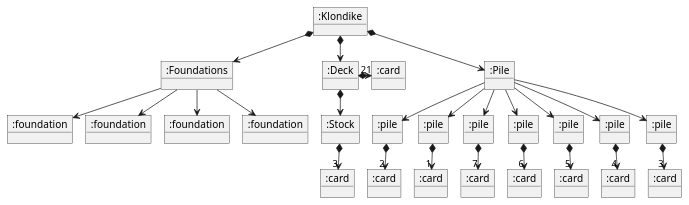
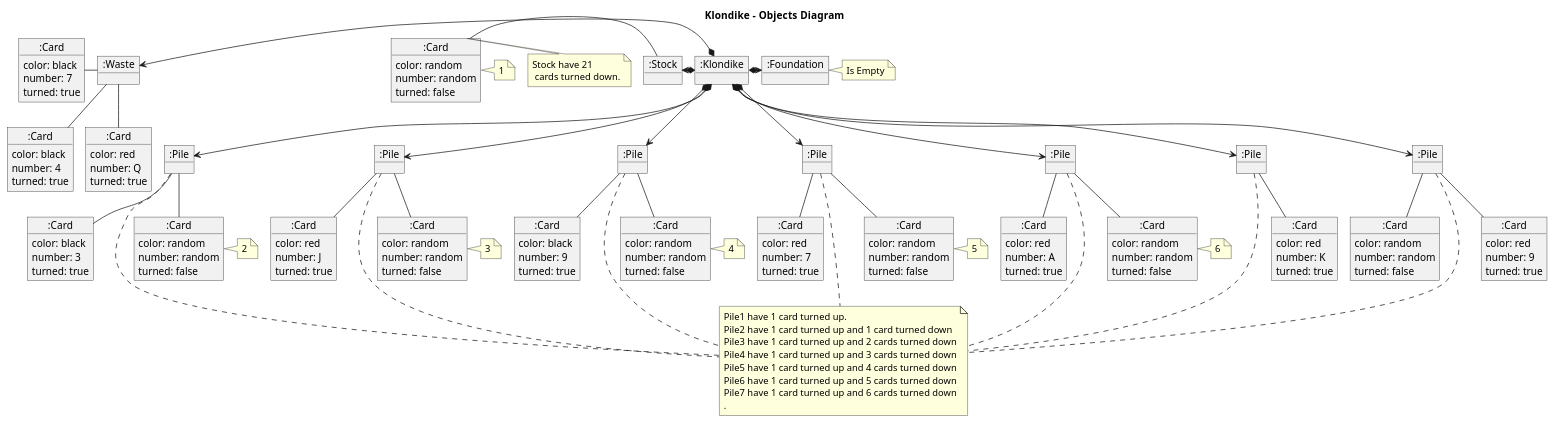
The diagram in 1 Modelo de Dominio/02_diagrama de objetos.plantuml (AngelOS95P/Maestria_IngSoftware_grupo6), drawn with PlantUML before and after one commit.

Commit message:
Update 02_diagrama de objetos.plantuml

```diff
--- a/1 Modelo de Dominio/02_diagrama de objetos.plantuml
+++ b/1 Modelo de Dominio/02_diagrama de objetos.plantuml
@@ -1,74 +1,181 @@
-@startuml initialState
+@startuml ObjectDiagram
 !pragma layout smetana
+title Klondike  - Objects Diagram
+
 object ":Klondike" as Klondike
-object ":Deck" as Deck
+object ":Waste" as Waste
 object ":Stock" as Stock
-object ":Pile" as Pile
-object ":Foundations" as Foundation
+object ":Pile" as Pile3
+object ":Pile" as Pile4
+object ":Pile" as Pile5
+object ":Pile" as Pile6
+object ":Pile" as Pile7
+object ":Pile" as Pile8
+object ":Pile" as Pile9
+object ":Foundation" as Foundation
 
-together {
-    object ":pile" as Pile1
-    object ":pile" as Pile2
-    object ":pile" as Pile3
-    object ":pile" as Pile4
-    object ":pile" as Pile5
-    object ":pile" as Pile6
-    object ":pile" as Pile7
+object ":Card" as Card1 {
+    color: random
+    number: random
+    turned: false
 }
 
-together {
-    object ":foundation" as Foundation1
-    object ":foundation" as Foundation2
-    object ":foundation" as Foundation3
-    object ":foundation" as Foundation4
+object ":Card" as Card21 {
+    color: black
+    number: 7
+    turned: true
 }
 
-together {
-    object ":card" as Card1
-    object ":card" as Card2
-    object ":card" as Card3
-    object ":card" as Card4
-    object ":card" as Card5
-    object ":card" as Card6
-    object ":card" as Card7
-    object ":card" as Card8
-    object ":card" as Card9
+object ":Card" as Card22 {
+    color: black
+    number: 4
+    turned: true
 }
 
-Klondike *-down-> Deck
-Deck *-left-> "21" Card8
+object ":Card" as Card23 {
+    color: red
+    number: Q
+    turned: true
+}
 
-Deck *-down-> Stock
-Stock *-down-> "3" Card9
+object ":Card" as Card3 {
+    color: red
+    number: K
+    turned: true
+}
 
-Klondike *-down-> Pile
+object ":Card" as Card4 {
+    color: red
+    number: 9
+    turned: true
+}
 
-Pile -->  Pile7
-Pile7 *-down-> "1" Card7
+object ":Card" as Card41 {
+    color: random
+    number: random
+    turned: false
+}
 
-Pile -->  Pile6
-Pile6 *-down-> "2" Card6
+object ":Card" as Card5 {
+    color: black
+    number: 3
+    turned: true
+}
 
-Pile -->  Pile5
-Pile5 *-down-> "3" Card5
+object ":Card" as Card51 {
+    color: random
+    number: random
+    turned: false
+}
 
-Pile -->  Pile4
-Pile4 *-down-> "4" Card4
+object ":Card" as Card6 {
+    color: red
+    number: J
+    turned: true
+}
 
-Pile -->  Pile3
-Pile3 *-down-> "5" Card3
+object ":Card" as Card61 {
+    color: random
+    number: random
+    turned: false
+}
 
-Pile -->  Pile2
-Pile2 *-down-> "6" Card2
+object ":Card" as Card7 {
+    color: black
+    number: 9
+    turned: true
+}
 
-Pile -->  Pile1
-Pile1 *-down-> "7" Card1
+object ":Card" as Card71 {
+    color: random
+    number: random
+    turned: false
+}
 
-Klondike *-down-> Foundation
+object ":Card" as Card8 {
+    color: red
+    number: 7
+    turned: true
+}
 
-Foundation -->  Foundation1
-Foundation -->  Foundation2
-Foundation -->  Foundation3
-Foundation -->  Foundation4
+object ":Card" as Card81 {
+    color: random
+    number: random
+    turned: false
+}
+
+object ":Card" as Card9 {
+    color: red
+    number: A
+    turned: true
+}
+
+object ":Card" as Card91 {
+    color: random
+    number: random
+    turned: false
+}
+
+Klondike *-right-> Foundation
+Klondike *-left-> Stock
+Klondike *-left-> Waste
+note  "Is Empty" as FNote
+Foundation .right FNote
+Klondike *--> Pile3
+Klondike *--> Pile4
+Klondike *--> Pile5
+Klondike *--> Pile6
+Klondike *--> Pile7
+Klondike *--> Pile8
+Klondike *--> Pile9
+
+Stock -left- Card1
+note "Stock have 21\n cards turned down." as C1N
+Card1 . C1N
+
+Waste -left- Card21
+Waste -- Card22
+Waste -- Card23
+
+Pile3 -down-  Card3
+
+Pile4 --  Card4
+Pile4 --  Card41
+note "1" as C4N
+Card1 . C4N
+
+Pile5 --  Card5
+Pile5 --  Card51
+note "2" as C5N
+Card51 . C5N
+
+Pile6 --  Card6
+Pile6 --  Card61
+note "3" as C6N
+Card61 . C6N
+
+Pile7 --  Card7
+Pile7 --  Card71
+note "4" as C7N
+Card71 . C7N
+
+Pile8 --  Card8
+Pile8 --  Card81
+note "5" as C8N
+Card81 . C8N
+
+Pile9 --  Card9
+Pile9 --  Card91
+note "6" as C9N
+Card91 . C9N
+
+note "Pile1 have 1 card turned up.\nPile2 have 1 card turned up and 1 card turned down\nPile3 have 1 card turned up and 2 cards turned down\nPile4 have 1 card turned up and 3 cards turned down\nPile5 have 1 card turned up and 4 cards turned down\nPile6 have 1 card turned up and 5 cards turned down\nPile7 have 1 card turned up and 6 cards turned down\n." as PNote
+Pile3 ... PNote
+Pile4 ... PNote
+Pile5 ... PNote
+Pile6 ... PNote
+Pile7 ... PNote
+Pile8 ... PNote
+Pile9 ... PNote
 
 @enduml
```
